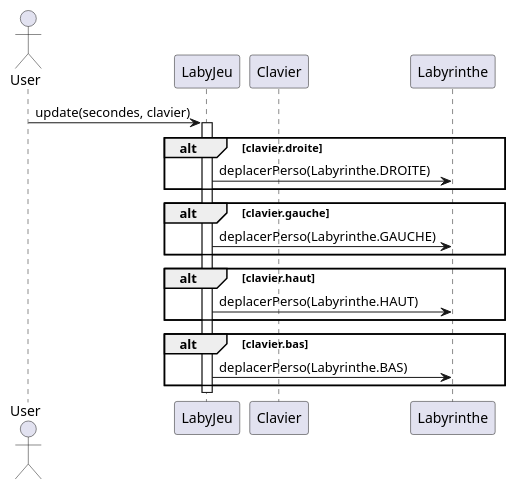
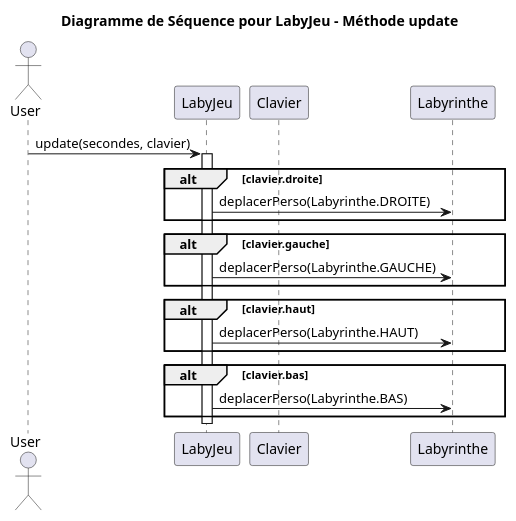
The diagram in zeldiablo/src/gameLaby/laby/LabyJeu_Sequence.puml (adrienMGN/2024_Zeldiablo_mangin225u_dewasch2u_favier36u_fontaine_noel332u), drawn with PlantUML before and after one commit. The commit also changed 2 other files, not shown here.

```diff
--- a/zeldiablo/src/gameLaby/laby/LabyJeu_Sequence.puml
+++ b/zeldiablo/src/gameLaby/laby/LabyJeu_Sequence.puml
@@ -1,28 +1,30 @@
 @startuml
+title Diagramme de Séquence pour LabyJeu - Méthode update
+
 actor User
 
 participant LabyJeu
 participant Clavier
 participant Labyrinthe
 
 User -> LabyJeu: update(secondes, clavier)
 activate LabyJeu
 
 alt clavier.droite
     LabyJeu -> Labyrinthe: deplacerPerso(Labyrinthe.DROITE)
 end
 
 alt clavier.gauche
     LabyJeu -> Labyrinthe: deplacerPerso(Labyrinthe.GAUCHE)
 end
 
 alt clavier.haut
     LabyJeu -> Labyrinthe: deplacerPerso(Labyrinthe.HAUT)
 end
 
 alt clavier.bas
     LabyJeu -> Labyrinthe: deplacerPerso(Labyrinthe.BAS)
 end
 
 deactivate LabyJeu
 @enduml
```
